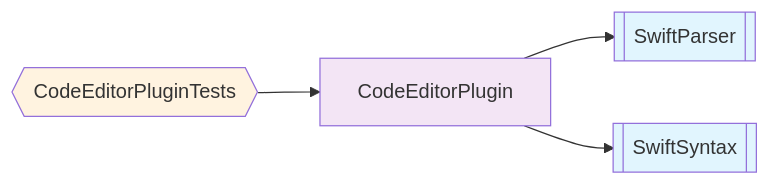
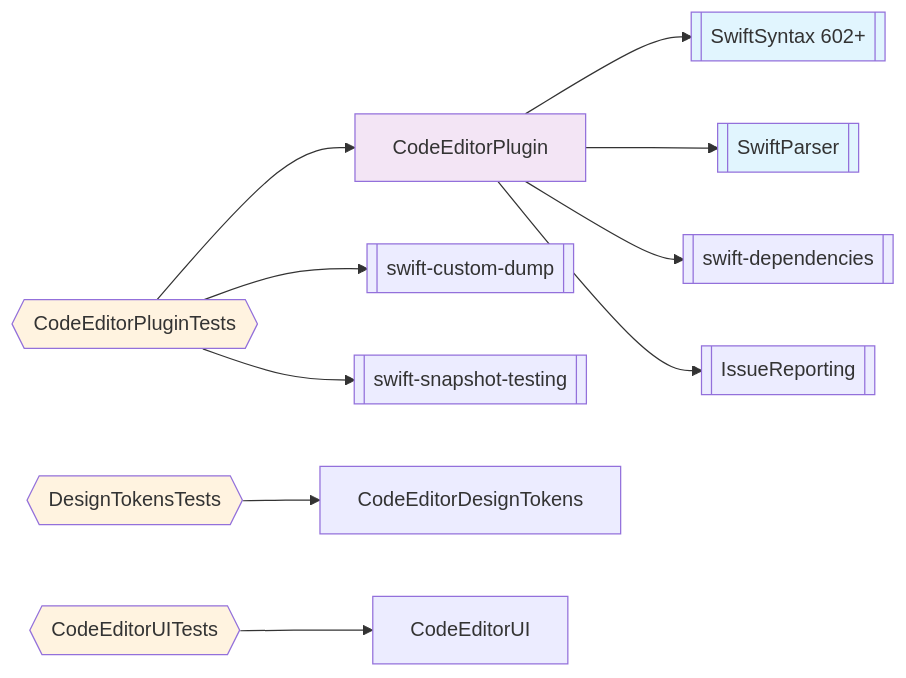
Before and after one commit to ajmcclary/CodeEditorKit: the second of 2 diagrams in Diagrams/25-package-dependencies.md, drawn with Mermaid. The commit also changed other lines of this file and 12 other files, not shown here.

First line of the commit message:
Update package dependencies and architecture diagrams for CodeEditorPlugin

````diff
--- a/Diagrams/25-package-dependencies.md
+++ b/Diagrams/25-package-dependencies.md
@@ -31,11 +38,19 @@
 ```mermaid
 flowchart LR
+    CodeEditorPlugin-->SwiftSyntax[[SwiftSyntax 602+]]
     CodeEditorPlugin-->SwiftParser[[SwiftParser]]
-    CodeEditorPlugin-->SwiftSyntax[[SwiftSyntax]]
+    CodeEditorPlugin-->Dependencies[[swift-dependencies]]
+    CodeEditorPlugin-->IssueReporting[[IssueReporting]]
     CodeEditorPluginTests{{CodeEditorPluginTests}}-->CodeEditorPlugin
-    
+    CodeEditorPluginTests-->CustomDump[[swift-custom-dump]]
+    CodeEditorPluginTests-->SnapshotTesting[[swift-snapshot-testing]]
+    CodeEditorDesignTokensTests{{DesignTokensTests}}-->CodeEditorDesignTokens
+    CodeEditorUITests{{CodeEditorUITests}}-->CodeEditorUI
+
     style SwiftSyntax fill:#e1f5fe
     style SwiftParser fill:#e1f5fe
     style CodeEditorPlugin fill:#f3e5f5
     style CodeEditorPluginTests fill:#fff3e0
+    style CodeEditorDesignTokensTests fill:#fff3e0
+    style CodeEditorUITests fill:#fff3e0
 ```
````
